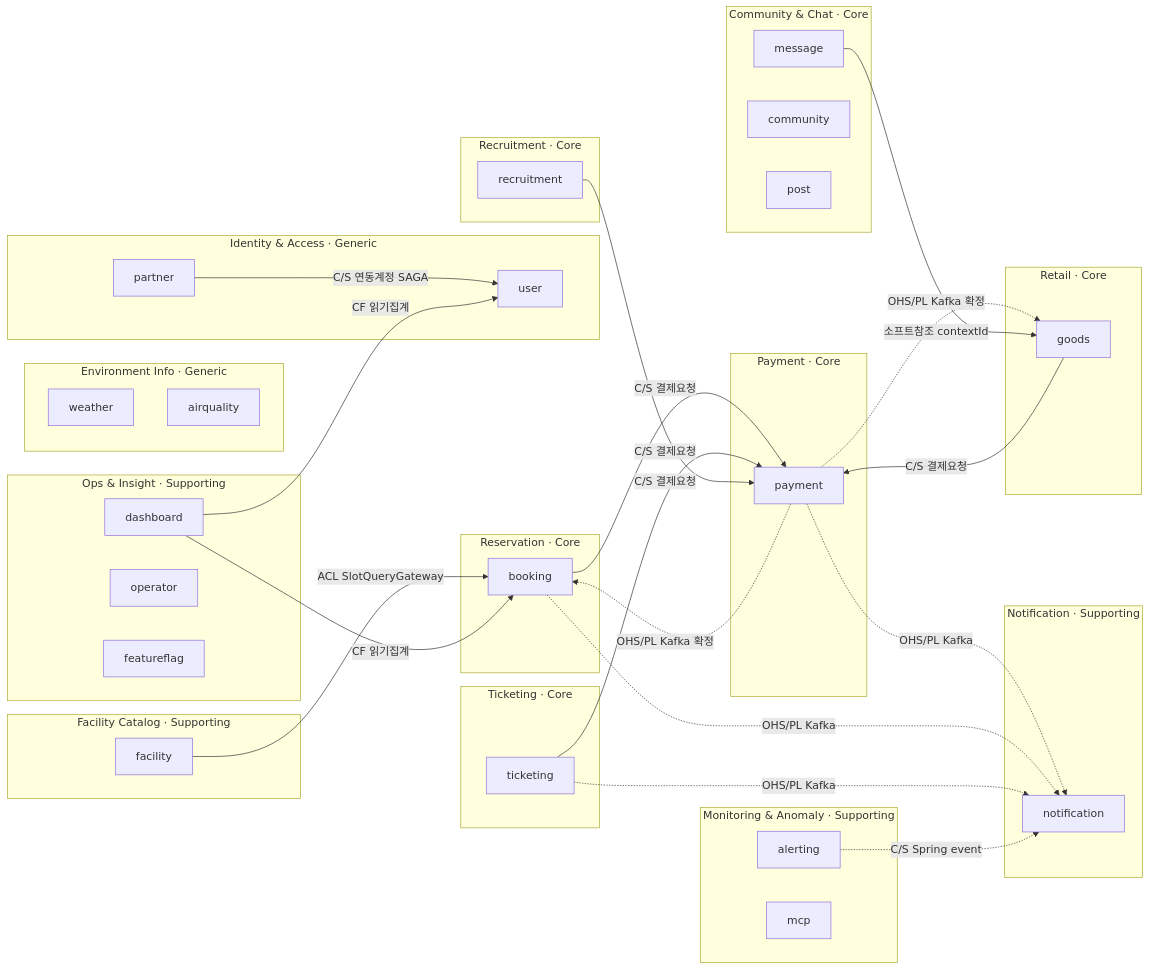
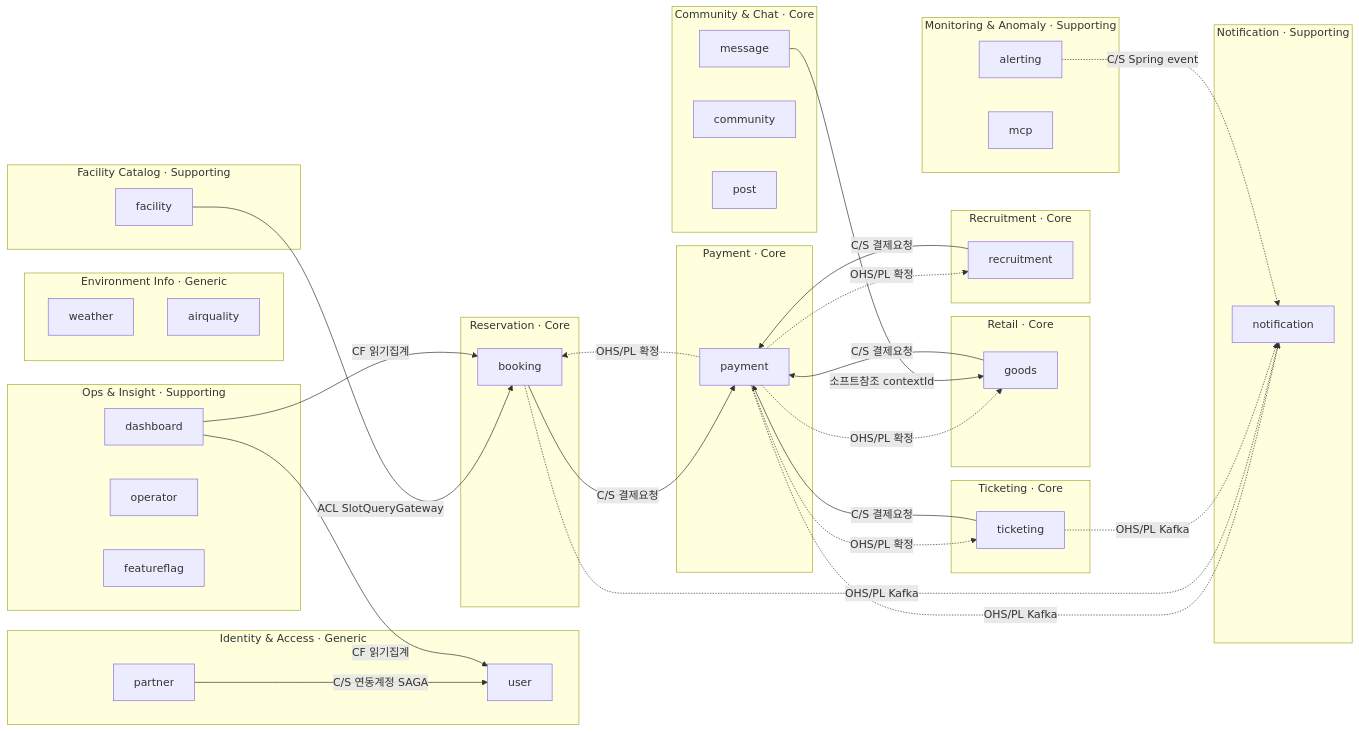
One commit to biuea3866/new-sports-application changed the second of 2 diagrams in docs/domain-context-map.md. Above: the diagram before and after it, drawn with Mermaid. The commit also changed other lines of this file, not shown here.

````diff
--- a/docs/domain-context-map.md
+++ b/docs/domain-context-map.md
@@ -143,63 +147,65 @@
 ```mermaid
 flowchart LR
     subgraph IAM["Identity & Access · Generic"]
         user
         partner
     end
     subgraph Reservation["Reservation · Core"]
         booking
     end
     subgraph Retail["Retail · Core"]
         goods
     end
     subgraph Ticketing["Ticketing · Core"]
         ticketing
     end
     subgraph Recruit["Recruitment · Core"]
         recruitment
     end
     subgraph Payment["Payment · Core"]
         payment
     end
     subgraph Notify["Notification · Supporting"]
         notification
     end
     subgraph Anomaly["Monitoring & Anomaly · Supporting"]
         alerting
         mcp
     end
     subgraph Social["Community & Chat · Core"]
         message
         community
         post
     end
     subgraph Catalog["Facility Catalog · Supporting"]
         facility
     end
     subgraph Env["Environment Info · Generic"]
         weather
         airquality
     end
     subgraph Ops["Ops & Insight · Supporting"]
         dashboard
         operator
         featureflag
     end
 
     booking -->|"C/S 결제요청"| payment
     goods -->|"C/S 결제요청"| payment
     ticketing -->|"C/S 결제요청"| payment
-    payment -.->|"OHS/PL Kafka 확정"| booking
-    payment -.->|"OHS/PL Kafka 확정"| goods
+    payment -.->|"OHS/PL 확정"| booking
+    payment -.->|"OHS/PL 확정"| goods
+    payment -.->|"OHS/PL 확정"| ticketing
+    payment -.->|"OHS/PL 확정"| recruitment
     payment -.->|"OHS/PL Kafka"| notification
     booking -.->|"OHS/PL Kafka"| notification
     ticketing -.->|"OHS/PL Kafka"| notification
     alerting -.->|"C/S Spring event"| notification
 
     facility -->|"ACL SlotQueryGateway"| booking
     recruitment -->|"C/S 결제요청"| payment
     partner -->|"C/S 연동계정 SAGA"| user
     message -->|"소프트참조 contextId"| goods
     dashboard -->|"CF 읽기집계"| booking
     dashboard -->|"CF 읽기집계"| user
 ```
````
